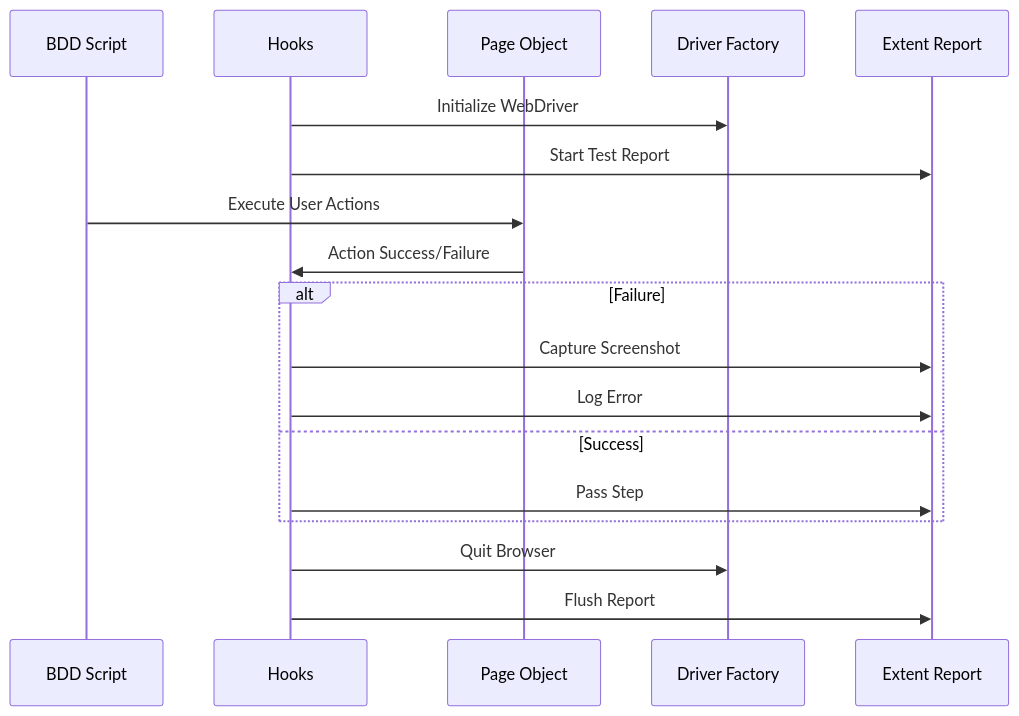
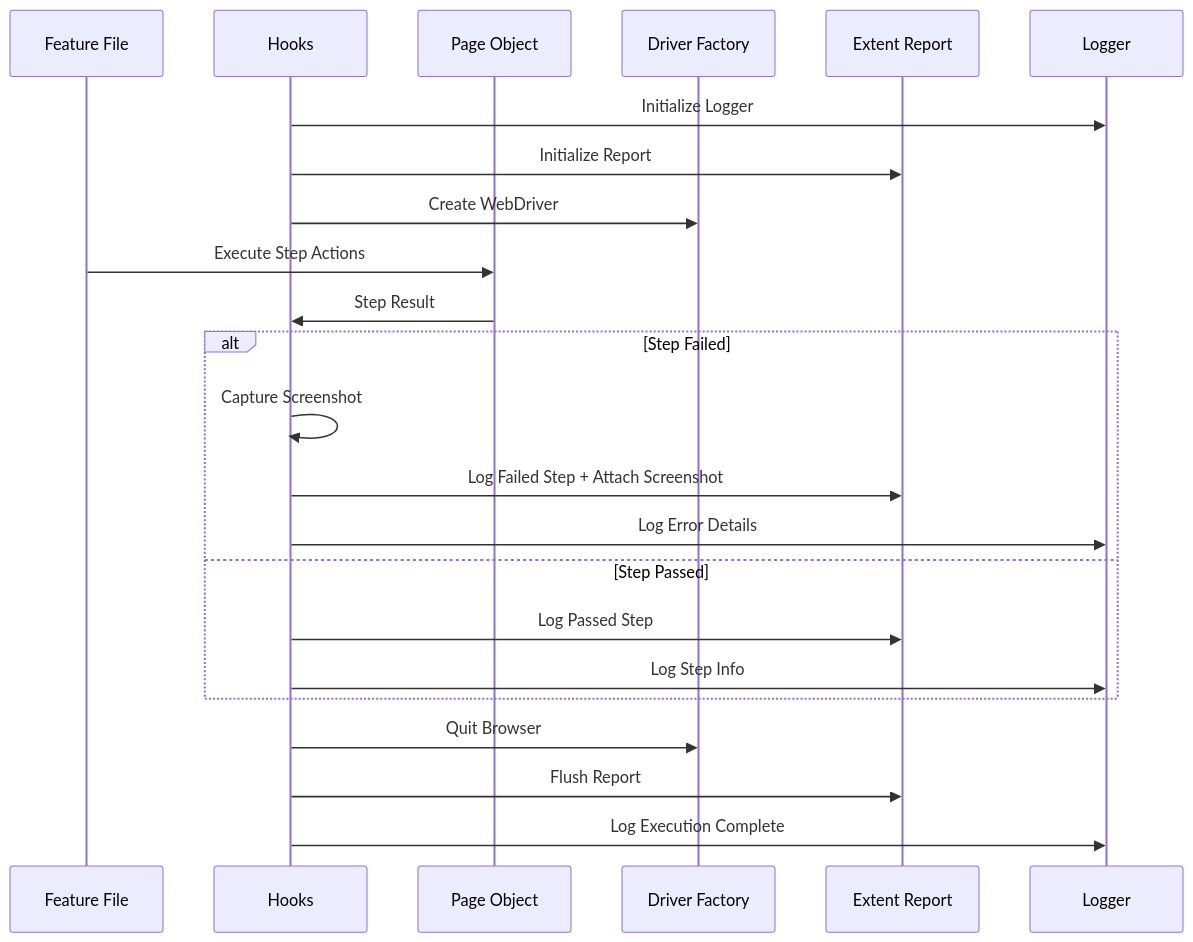
Before and after one commit to SumantaSwainEpam/ReqnRollProjectArchitecture: the second of 3 diagrams in README.md, drawn with Mermaid. The commit also changed other lines of this file, not shown here.

First line of the commit message:
Enhance README with CI/CD and architecture updates

````diff
--- a/README.md
+++ b/README.md
@@ -49,21 +49,26 @@
 ```mermaid
 sequenceDiagram
-    participant B as BDD Script
+    participant F as Feature File
     participant H as Hooks
     participant P as Page Object
     participant D as Driver Factory
     participant R as Extent Report
+    participant L as Logger
 
-    H->>D: Initialize WebDriver
-    H->>R: Start Test Report
-    B->>P: Execute User Actions
-    P->>H: Action Success/Failure
-    alt Failure
-        H->>R: Capture Screenshot
-        H->>R: Log Error
-    else Success
-        H->>R: Pass Step
+    H->>L: Initialize Logger
+    H->>R: Initialize Report
+    H->>D: Create WebDriver
+    F->>P: Execute Step Actions
+    P->>H: Step Result
+    alt Step Failed
+        H->>H: Capture Screenshot
+        H->>R: Log Failed Step + Attach Screenshot
+        H->>L: Log Error Details
+    else Step Passed
+        H->>R: Log Passed Step
+        H->>L: Log Step Info
     end
     H->>D: Quit Browser
     H->>R: Flush Report
+    H->>L: Log Execution Complete
 ```
````
